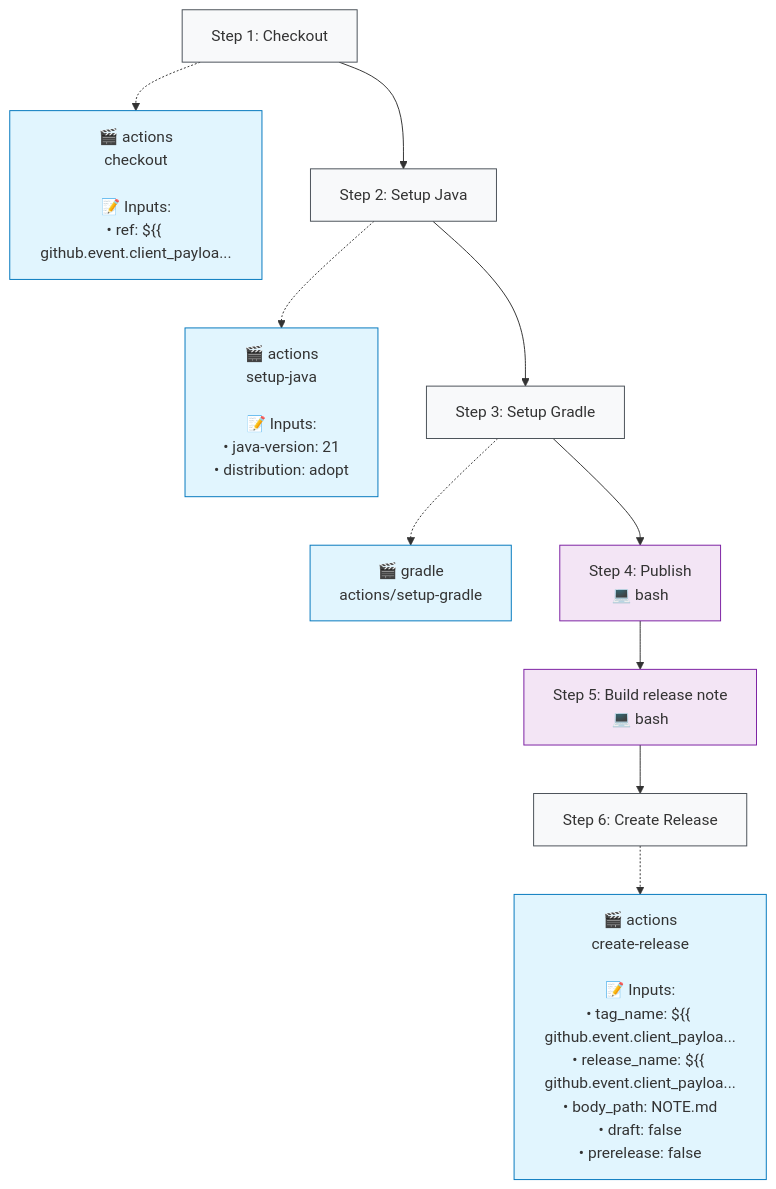
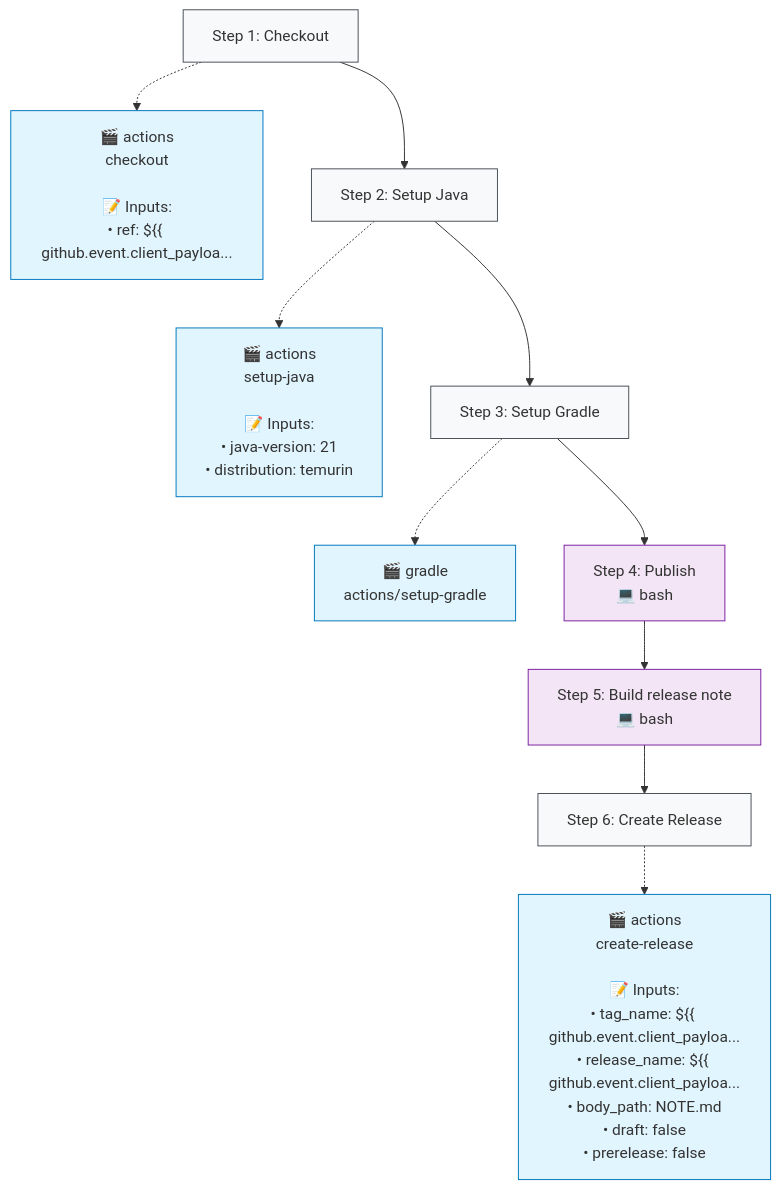
Before and after one commit to http4k/typeflows: the second of 2 diagrams in .github/typeflows/upload-release/README.md, drawn with Mermaid. The commit also changed 6 other files, not shown here.

Commit message:
Migrate from `adopt` to `temurin` distribution in `setup-java` and refactor constants usage

````diff
--- a/.github/typeflows/upload-release/README.md
+++ b/.github/typeflows/upload-release/README.md
@@ -21,33 +21,33 @@
 ```mermaid
 %%{init: {"flowchart": {"curve": "basis"}}}%%
 flowchart TD
     step1["Step 1: Checkout"]
     style step1 fill:#f8f9fa,stroke:#495057
     action1["🎬 actions<br/>checkout<br/><br/>📝 Inputs:<br/>• ref: ${{ github.event.client_payloa..."]
     style action1 fill:#e1f5fe,stroke:#0277bd
     step1 -.-> action1
     step2["Step 2: Setup Java"]
     style step2 fill:#f8f9fa,stroke:#495057
-    action2["🎬 actions<br/>setup-java<br/><br/>📝 Inputs:<br/>• java-version: 21<br/>• distribution: adopt"]
+    action2["🎬 actions<br/>setup-java<br/><br/>📝 Inputs:<br/>• java-version: 21<br/>• distribution: temurin"]
     style action2 fill:#e1f5fe,stroke:#0277bd
     step2 -.-> action2
     step1 --> step2
     step3["Step 3: Setup Gradle"]
     style step3 fill:#f8f9fa,stroke:#495057
     action3["🎬 gradle<br/>actions/setup-gradle"]
     style action3 fill:#e1f5fe,stroke:#0277bd
     step3 -.-> action3
     step2 --> step3
     step4["Step 4: Publish<br/>💻 bash"]
     style step4 fill:#f3e5f5,stroke:#7b1fa2
     step3 --> step4
     step5["Step 5: Build release note<br/>💻 bash"]
     style step5 fill:#f3e5f5,stroke:#7b1fa2
     step4 --> step5
     step6["Step 6: Create Release"]
     style step6 fill:#f8f9fa,stroke:#495057
     action6["🎬 actions<br/>create-release<br/><br/>📝 Inputs:<br/>• tag_name: ${{ github.event.client_payloa...<br/>• release_name: ${{ github.event.client_payloa...<br/>• body_path: NOTE.md<br/>• draft: false<br/>• prerelease: false"]
     style action6 fill:#e1f5fe,stroke:#0277bd
     step6 -.-> action6
     step5 --> step6
 ```
````
